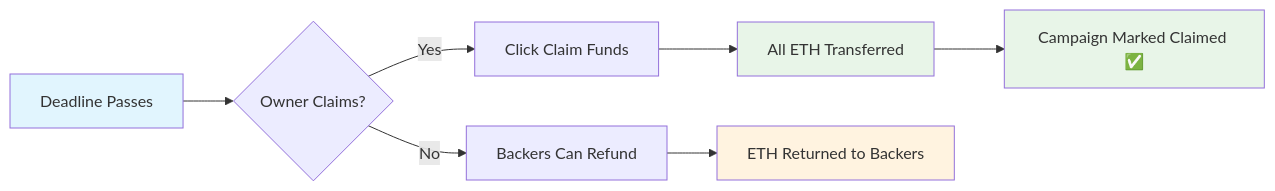
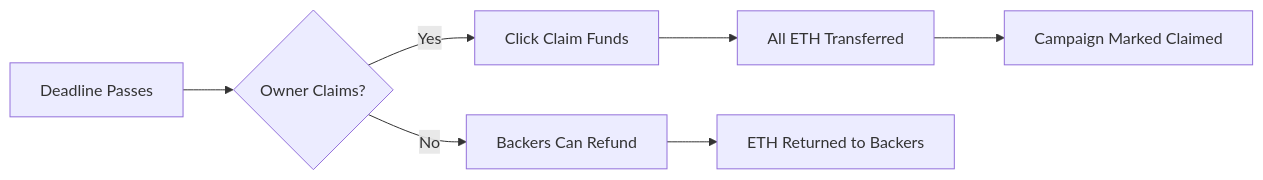
One commit to scatvicnode/FHEDge changed the third of 3 diagrams in README.md. Above: the diagram before and after it, drawn with Mermaid. The commit also changed other lines of this file and 4 other files, not shown here.

````diff
--- a/README.md
+++ b/README.md
@@ -85,14 +78,9 @@
 ```mermaid
 graph LR
     A[Deadline Passes] --> B{Owner Claims?}
     B -->|Yes| C[Click Claim Funds]
     B -->|No| D[Backers Can Refund]
     C --> E[All ETH Transferred]
-    E --> F[Campaign Marked Claimed ✅]
+    E --> F[Campaign Marked Claimed]
     D --> G[ETH Returned to Backers]
-    
-    style A fill:#e1f5fe
-    style E fill:#e8f5e8
-    style F fill:#e8f5e8
-    style G fill:#fff3e0
 ```
````
